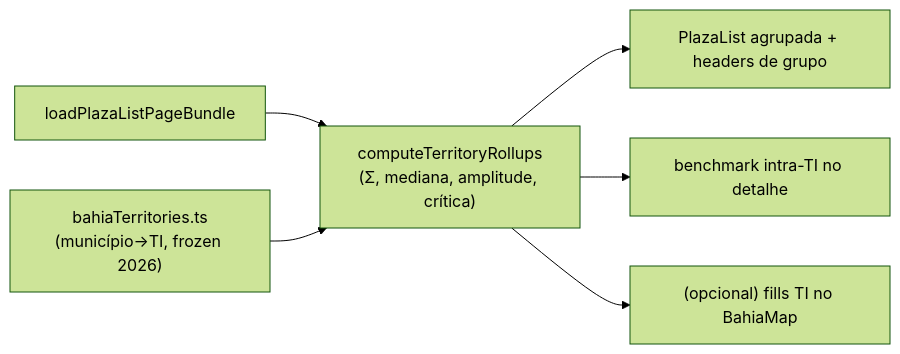
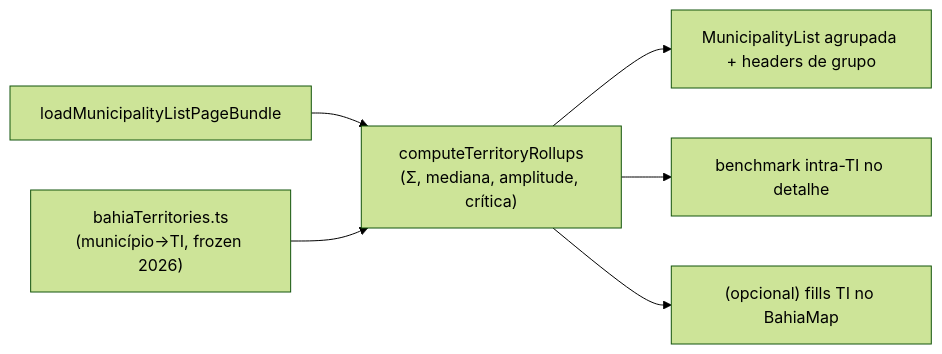
Before and after one commit to fsolla/teqo: the diagram in docs/plans/camada-territorios-identidade.md, drawn with Mermaid (forest theme). The commit also changed other lines of this file and 41 other files, not shown here.

````diff
--- a/docs/plans/camada-territorios-identidade.md
+++ b/docs/plans/camada-territorios-identidade.md
@@ -48,14 +48,14 @@
 ```mermaid
 flowchart LR
-    Bundle["loadPlazaListPageBundle"]
+    Bundle["loadMunicipalityListPageBundle"]
     Terr["bahiaTerritories.ts<br/>(município→TI, frozen 2026)"]
     Roll["computeTerritoryRollups<br/>(Σ, mediana, amplitude, crítica)"]
-    List["PlazaList agrupada + headers de grupo"]
+    List["MunicipalityList agrupada + headers de grupo"]
     Detail["benchmark intra-TI no detalhe"]
     Map["(opcional) fills TI no BahiaMap"]
     Bundle --> Roll
     Terr --> Roll
     Roll --> List
     Roll --> Detail
     Roll --> Map
 ```
````
